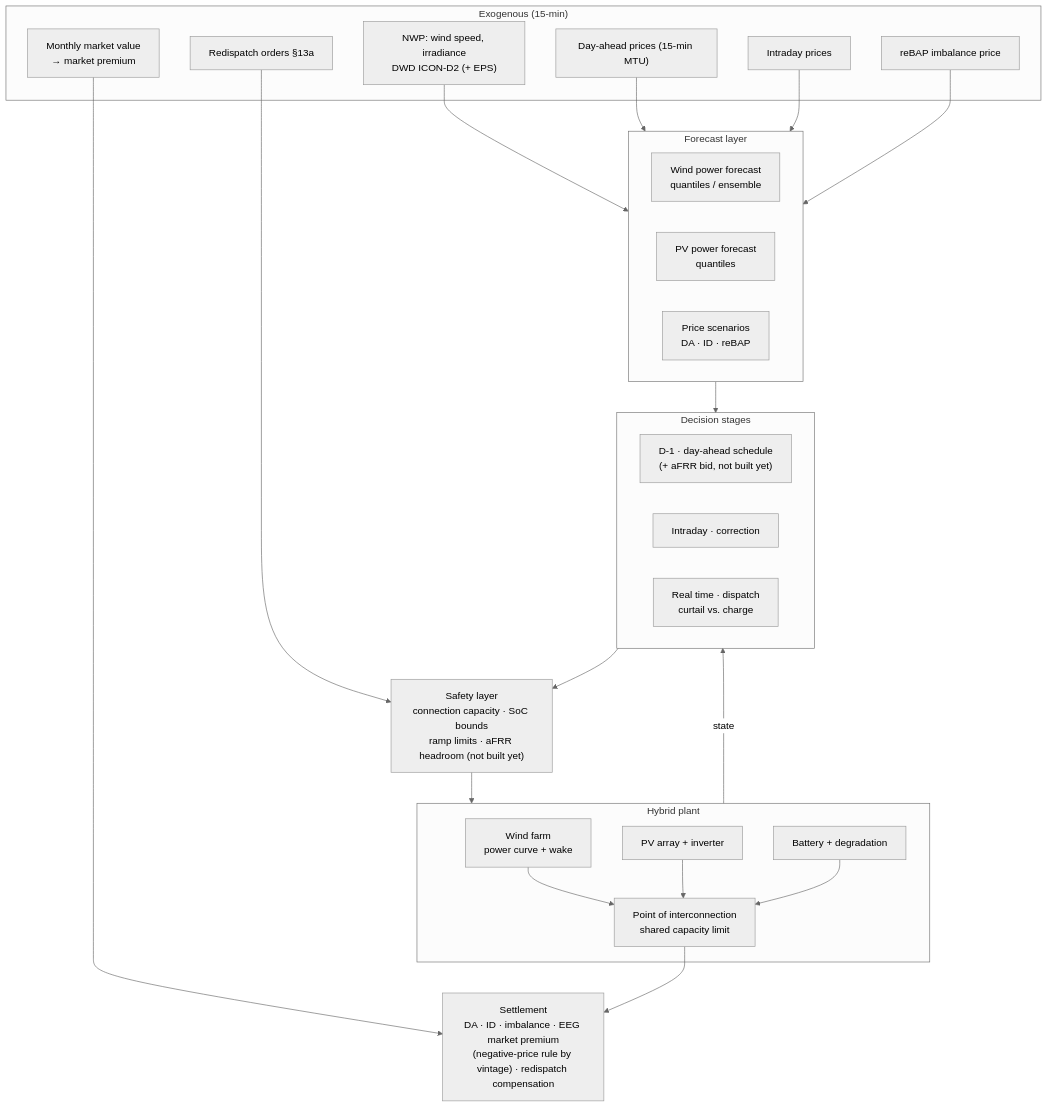
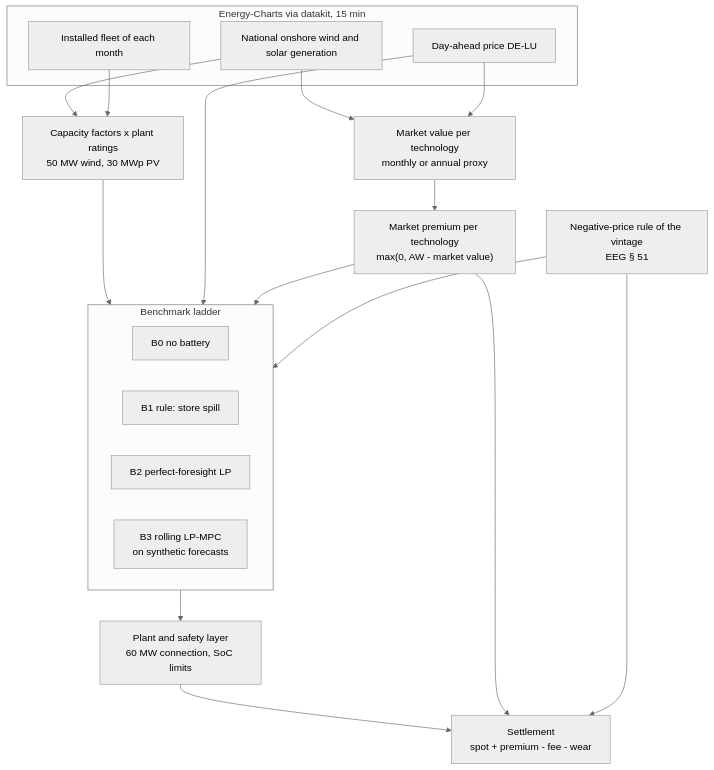
One commit to muratkus01/Portfolio changed the diagram in projects/02-utility-hybrid-plant-dispatch/README.md. Above: the diagram before and after it, drawn with Mermaid (neutral theme). The commit also changed other lines of this file, not shown here.

First line of the commit message:
docs(p02): mark what sections 1 to 8 describe that is not built

````diff
--- a/projects/02-utility-hybrid-plant-dispatch/README.md
+++ b/projects/02-utility-hybrid-plant-dispatch/README.md
@@ -433,48 +445,36 @@
 ```mermaid
 flowchart TB
-    subgraph EXO["Exogenous (15-min)"]
-        NWP["NWP: wind speed, irradiance<br/>DWD ICON-D2 (+ EPS)"]
-        DA["Day-ahead prices (15-min MTU)"]
-        IDP["Intraday prices"]
-        RBP["reBAP imbalance price"]
-        RDO["Redispatch orders §13a"]
-        MMW["Monthly market value<br/>→ market premium"]
+    subgraph EC["Energy-Charts via datakit, 15 min"]
+        GEN["National onshore wind and solar generation"]
+        CAP["Installed fleet of each month"]
+        DA["Day-ahead price DE-LU"]
     end
 
-    subgraph FCL["Forecast layer"]
-        FW["Wind power forecast<br/>quantiles / ensemble"]
-        FP["PV power forecast<br/>quantiles"]
-        FPR["Price scenarios<br/>DA · ID · reBAP"]
+    CF["Capacity factors x plant ratings<br/>50 MW wind, 30 MWp PV"]
+    MV["Market value per technology<br/>monthly or annual proxy"]
+    PREM["Market premium per technology<br/>max(0, AW - market value)"]
+    RULE["Negative-price rule of the vintage<br/>EEG § 51"]
+
+    subgraph LAD["Benchmark ladder"]
+        B0["B0 no battery"]
+        B1["B1 rule: store spill"]
+        B2["B2 perfect-foresight LP"]
+        B3["B3 rolling LP-MPC<br/>on synthetic forecasts"]
     end
 
-    subgraph STG["Decision stages"]
-        S1["D-1 · day-ahead schedule<br/>(+ aFRR bid, not built yet)"]
-        S2["Intraday · correction"]
-        S3["Real time · dispatch<br/>curtail vs. charge"]
-    end
+    POI["Plant and safety layer<br/>60 MW connection, SoC limits"]
+    SET["Settlement<br/>spot + premium - fee - wear"]
 
-    SAFE["Safety layer<br/>connection capacity · SoC bounds<br/>ramp limits · aFRR headroom (not built yet)"]
-
-    subgraph PLANT["Hybrid plant"]
-        WT["Wind farm<br/>power curve + wake"]
-        PVA["PV array + inverter"]
-        BESS["Battery + degradation"]
-        POI["Point of interconnection<br/>shared capacity limit"]
-    end
-
-    SET["Settlement<br/>DA · ID · imbalance · EEG market premium<br/>(negative-price rule by vintage) · redispatch compensation"]
-
-    NWP --> FCL
-    DA --> FCL
-    IDP --> FCL
-    RBP --> FCL
-    FCL --> STG
-    MMW --> SET
-    STG --> SAFE --> PLANT
-    RDO --> SAFE
-    WT --> POI
-    PVA --> POI
-    BESS --> POI
-    POI --> SET
-    PLANT -->|state| STG
+    GEN --> CF
+    CAP --> CF
+    GEN --> MV
+    DA --> MV
+    MV --> PREM
+    CF --> LAD
+    DA --> LAD
+    PREM --> LAD
+    RULE --> LAD
+    LAD --> POI --> SET
+    PREM --> SET
+    RULE --> SET
 ```
````
